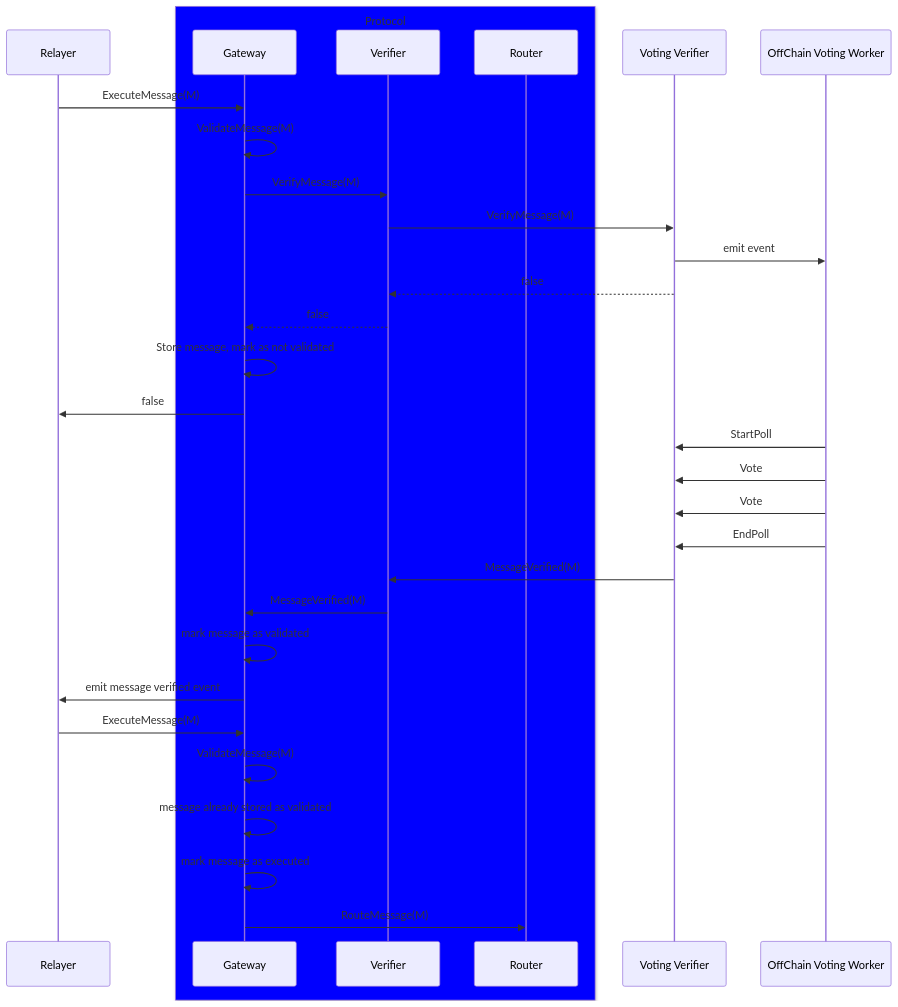
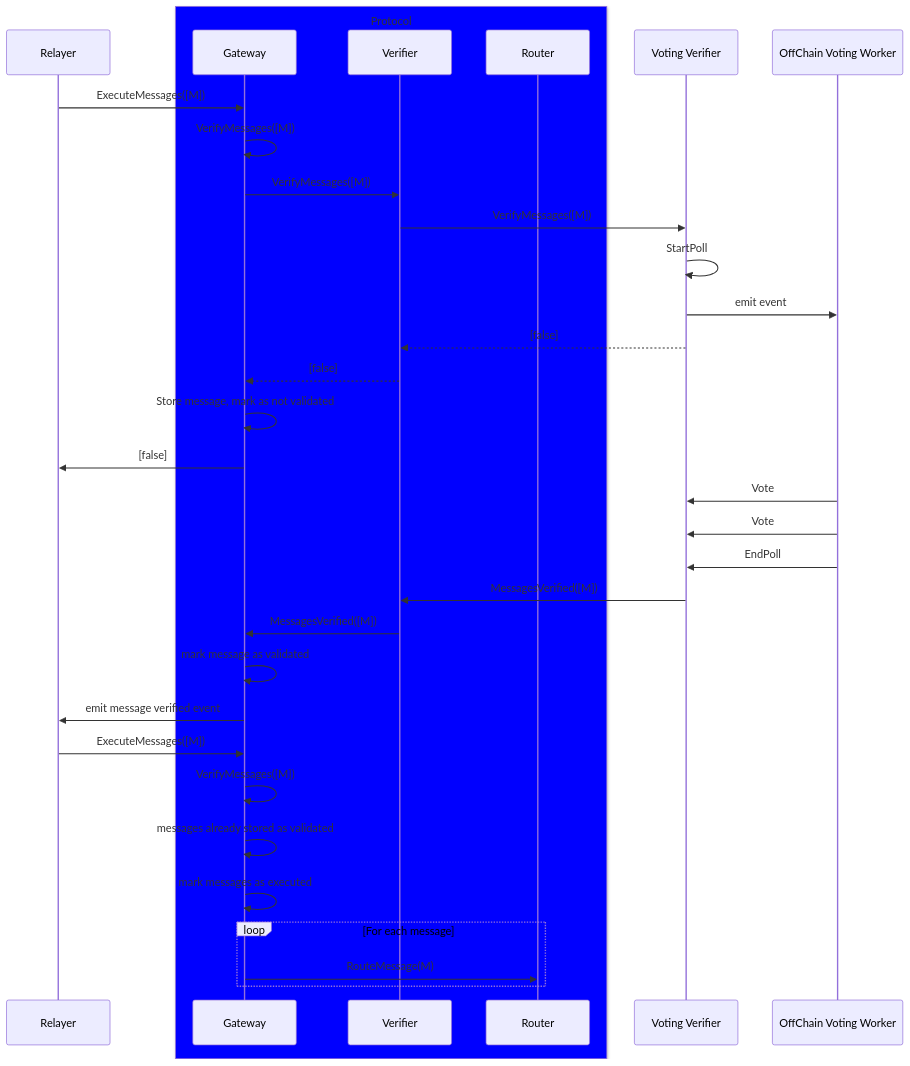
One commit to axelarnetwork/axelar-amplifier changed the fourth of 13 diagrams in README.md. Above: the diagram before and after it, drawn with Mermaid. The commit also changed other lines of this file, not shown here.

````diff
--- a/README.md
+++ b/README.md
@@ -117,38 +121,40 @@
 ```mermaid
 sequenceDiagram
     participant Relayer
     box Blue Protocol
     participant Gateway
     participant Verifier
     participant Router
     end
     participant Voting Verifier
     participant OffChain Voting Worker
-    Relayer->>Gateway: ExecuteMessage(M)
-    Gateway->>Gateway: ValidateMessage(M)
-    Gateway->>Verifier: VerifyMessage(M)
-    Verifier->>Voting Verifier: VerifyMessage(M)
+    Relayer->>Gateway: ExecuteMessages([M])
+    Gateway->>Gateway: VerifyMessages([M])
+    Gateway->>Verifier: VerifyMessages([M])
+    Verifier->>Voting Verifier: VerifyMessages([M])
+    Voting Verifier->>Voting Verifier: StartPoll
     Voting Verifier->>OffChain Voting Worker: emit event
-    Voting Verifier-->>Verifier: false
-    Verifier-->>Gateway: false
+    Voting Verifier-->>Verifier: [false]
+    Verifier-->>Gateway: [false]
     Gateway->>Gateway: Store message, mark as not validated
-    Gateway->>Relayer: false
-    OffChain Voting Worker->>Voting Verifier: StartPoll
+    Gateway->>Relayer: [false]
     OffChain Voting Worker->>Voting Verifier: Vote
     OffChain Voting Worker->>Voting Verifier: Vote
     OffChain Voting Worker->>Voting Verifier: EndPoll
 
 
-    Voting Verifier->>Verifier: MessageVerified(M)
-    Verifier->>Gateway: MessageVerified(M)
+    Voting Verifier->>Verifier: MessagesVerified([M])
+    Verifier->>Gateway: MessagesVerified([M])
     Gateway->>Gateway: mark message as validated
     Gateway->>Relayer: emit message verified event
 
 
 
-    Relayer->>Gateway: ExecuteMessage(M)
-    Gateway->>Gateway: ValidateMessage(M)
-    Gateway->>Gateway: message already stored as validated
-    Gateway->>Gateway: mark message as executed
-    Gateway->>Router: RouteMessage(M)
+    Relayer->>Gateway: ExecuteMessages([M])
+    Gateway->>Gateway: VerifyMessages([M])
+    Gateway->>Gateway: messages already stored as validated
+    Gateway->>Gateway: mark messages as executed
+    loop For each message
+        Gateway->>Router: RouteMessage(M)
+    end
 ```
````
